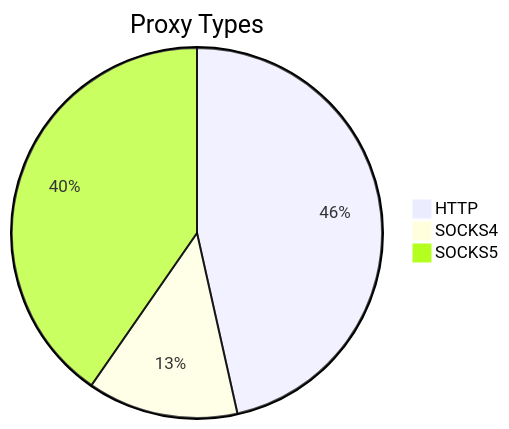
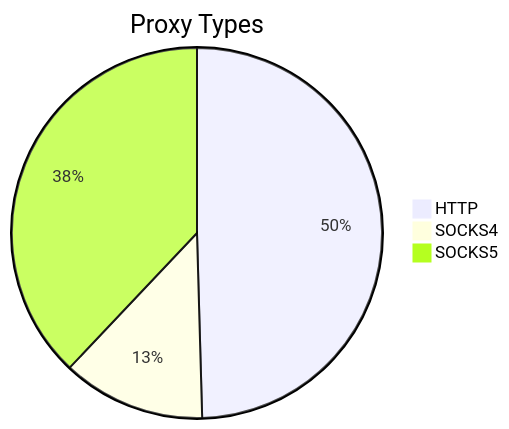
The first of 2 diagrams in README.md (stormsia/proxy-list), drawn with Mermaid before and after one commit. The commit also changed other lines of this file, not shown here.

````diff
--- a/README.md
+++ b/README.md
@@ -21,6 +21,6 @@
 ```mermaid
 pie title Proxy Types
-    "HTTP" : 159
-    "SOCKS4" : 45
-    "SOCKS5" : 138
+    "HTTP" : 111
+    "SOCKS4" : 28
+    "SOCKS5" : 85
 ```
````
